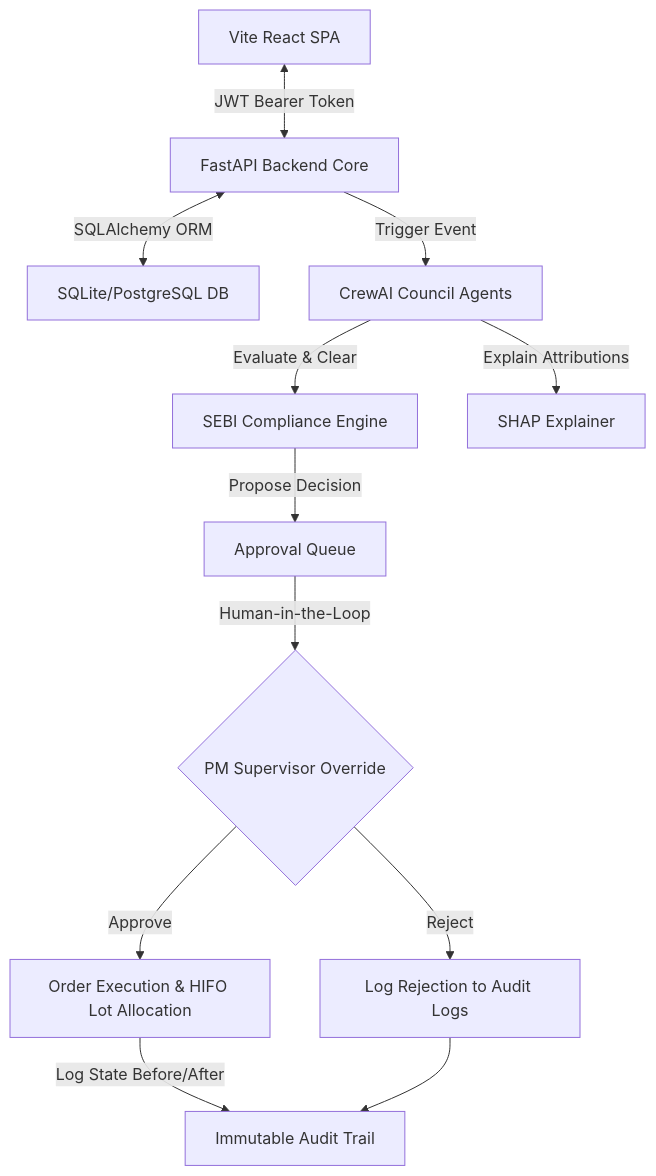
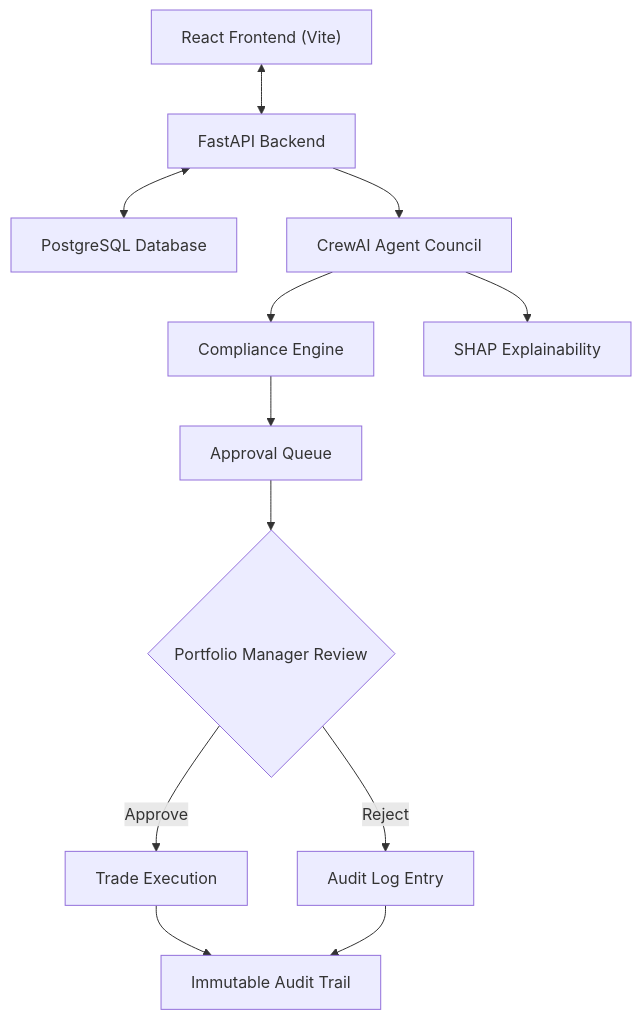
One commit to Sreddy08840/WealthPilot-AI changed the diagram in README.md. Above: the diagram before and after it, drawn with Mermaid.

````diff
--- a/README.md
+++ b/README.md
@@ -49,14 +49,19 @@
 ```mermaid
 graph TD
-    A[Vite React SPA] <-->|JWT Bearer Token| B[FastAPI Backend Core]
-    B <-->|SQLAlchemy ORM| C[SQLite/PostgreSQL DB]
-    B -->|Trigger Event| D[CrewAI Council Agents]
-    D -->|Evaluate & Clear| E[SEBI Compliance Engine]
-    D -->|Explain Attributions| F[SHAP Explainer]
-    E -->|Propose Decision| G[Approval Queue]
-    G -->|Human-in-the-Loop| H{PM Supervisor Override}
-    H -->|Approve| I[Order Execution & HIFO Lot Allocation]
-    H -->|Reject| J[Log Rejection to Audit Logs]
-    I -->|Log State Before/After| K[Immutable Audit Trail]
+    A["React Frontend (Vite)"] <--> B["FastAPI Backend"]
+    B <--> C["PostgreSQL Database"]
+
+    B --> D["CrewAI Agent Council"]
+    D --> E["Compliance Engine"]
+    D --> F["SHAP Explainability"]
+
+    E --> G["Approval Queue"]
+
+    G --> H{"Portfolio Manager Review"}
+
+    H -->|Approve| I["Trade Execution"]
+    H -->|Reject| J["Audit Log Entry"]
+
+    I --> K["Immutable Audit Trail"]
     J --> K
 ```
````
